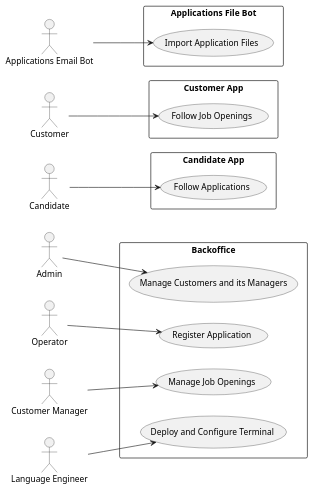
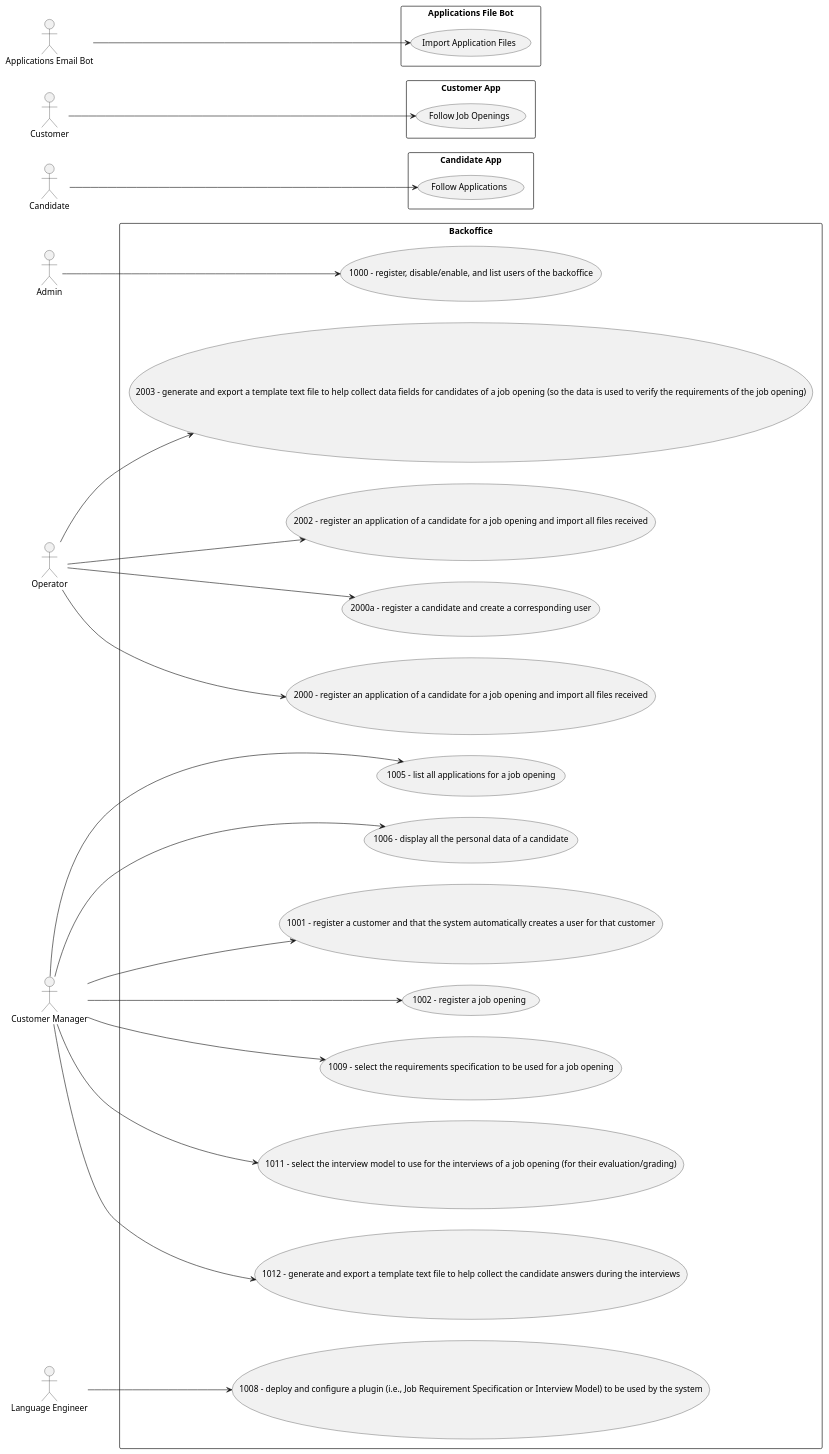
Before and after one commit to MiguelCardoso77/LAPR4: the diagram in docs/SprintB/global-artifacts/01.requirements-engineering/puml/use-case-diagram.puml, drawn with PlantUML. The commit also changed 2 other files, not shown here.

Commit message:
Updating the use case diagram

```diff
--- a/docs/SprintB/global-artifacts/01.requirements-engineering/puml/use-case-diagram.puml
+++ b/docs/SprintB/global-artifacts/01.requirements-engineering/puml/use-case-diagram.puml
@@ -1,50 +1,68 @@
 @startuml
 'skinparam monochrome true
 skinparam packageStyle rectangle
 'skinparam shadowing false
 
 skinparam rectangle{
     BorderColor black
 }
 
 left to right direction
 
 actor "Admin" as admin
 actor "Operator" as operator
 actor "Customer Manager" as customerManager
 actor "Language Engineer" as languageEngineer
 actor "Candidate" as candidate
 actor "Customer" as customer
 actor "Applications Email Bot" as applicationEmailBot
 
 rectangle "Backoffice" as backoffice {
-    usecase "Manage Customers and its Managers"
-    usecase "Register Application"
-    usecase "Manage Job Openings"
-    usecase "Deploy and Configure Terminal"
+    usecase "1000 - register, disable/enable, and list users of the backoffice" as 1000
+    usecase "1001 - register a customer and that the system automatically creates a user for that customer" as 1001
+    usecase "1002 - register a job opening" as 1002
+    usecase "2002 - register an application of a candidate for a job opening and import all files received" as 2002
+    usecase "2000a - register a candidate and create a corresponding user" as 2000a
+    usecase "2000 - register an application of a candidate for a job opening and import all files received" as 2000
+    usecase "1005 - list all applications for a job opening" as 1005
+    usecase "1006 - display all the personal data of a candidate" as 1006
+    usecase "1008 - deploy and configure a plugin (i.e., Job Requirement Specification or Interview Model) to be used by the system" as 1008
+    usecase "1009 - select the requirements specification to be used for a job opening" as 1009
+    usecase "1011 - select the interview model to use for the interviews of a job opening (for their evaluation/grading)" as 1011
+    usecase "1012 - generate and export a template text file to help collect the candidate answers during the interviews" as 1012
+    usecase "2003 - generate and export a template text file to help collect data fields for candidates of a job opening (so the data is used to verify the requirements of the job opening)" as 2003
 
-    admin --> "Manage Customers and its Managers"
-    operator --> "Register Application"
-    customerManager --> "Manage Job Openings"
-    languageEngineer --> "Deploy and Configure Terminal"
+    admin --> 1000
+    operator --> 2000a
+    operator --> 2000
+    operator --> 2002
+    operator --> 2003
+    customerManager --> 1001
+    customerManager --> 1002
+    customerManager --> 1005
+    customerManager --> 1006
+    customerManager --> 1009
+    customerManager --> 1011
+    customerManager --> 1012
+    languageEngineer --> 1008
 }
 
 rectangle "Candidate App" as candidateApp{
     usecase "Follow Applications"
 
     candidate --> "Follow Applications"
 }
 
 rectangle "Customer App" as customerApp{
     usecase "Follow Job Openings"
 
     customer --> "Follow Job Openings"
 }
 
 rectangle "Applications File Bot" as ApplicationsFileBotApp{
     usecase "Import Application Files"
 
     applicationEmailBot --> "Import Application Files"
 }
 
 @enduml
```
